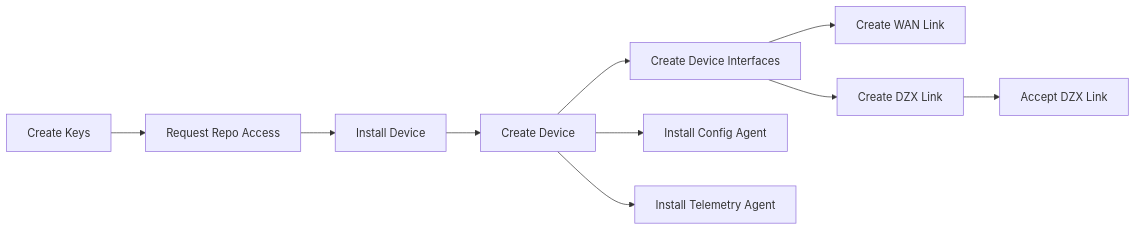
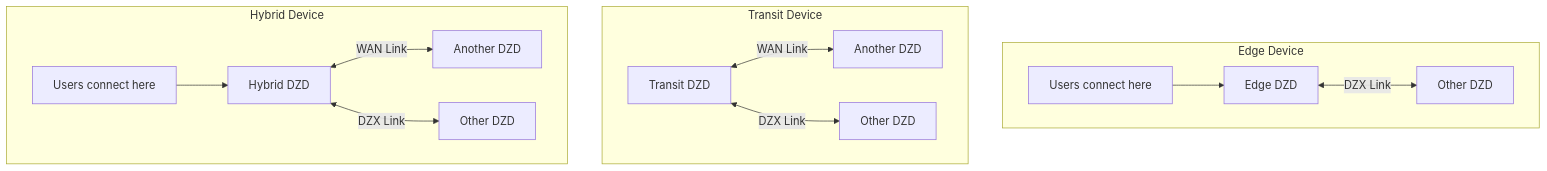
One commit to malbeclabs/docs changed the fifth of 8 diagrams in docs/contribute-provisioning.md. Above: the diagram before and after it, drawn with Mermaid. The commit also changed other lines of this file and 6 other files, not shown here.

````diff
--- a/docs/contribute-provisioning.md
+++ b/docs/contribute-provisioning.md
@@ -27,12 +213,23 @@
 ```mermaid
-flowchart LR
-    A[Create Keys] -->B[Request Repo Access]
-    B --> C[Install Device]
-    C --> D[Create Device]
-    D --> E[Create Device Interfaces]
-    E --> F[Create WAN Link]
-    E --> G[Create DZX Link]
-    G --> H[Accept DZX Link]
-    D --> J[Install Config Agent]
-    D --> K[Install Telemetry Agent]
+flowchart TB
+    subgraph "Edge Device"
+        E[Edge DZD]
+        EU[Users connect here]
+        EU --> E
+        E <-->|DZX Link| ED[Other DZD]
+    end
+
+    subgraph "Transit Device"
+        T[Transit DZD]
+        T <-->|WAN Link| T2[Another DZD]
+        T <-->|DZX Link| TD[Other DZD]
+    end
+
+    subgraph "Hybrid Device"
+        H[Hybrid DZD]
+        HU[Users connect here]
+        HU --> H
+        H <-->|WAN Link| H2[Another DZD]
+        H <-->|DZX Link| HD[Other DZD]
+    end
 ```
````
